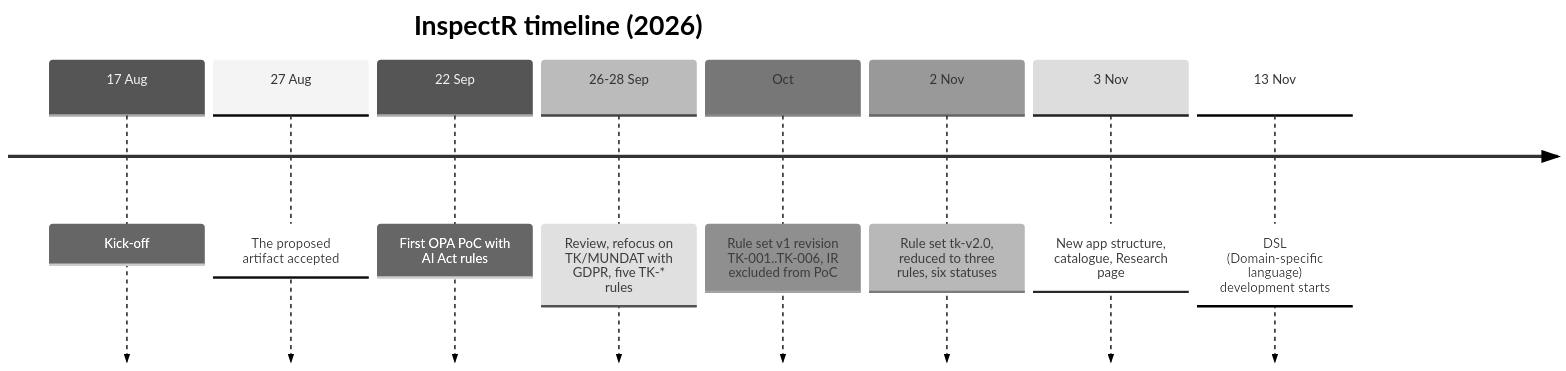
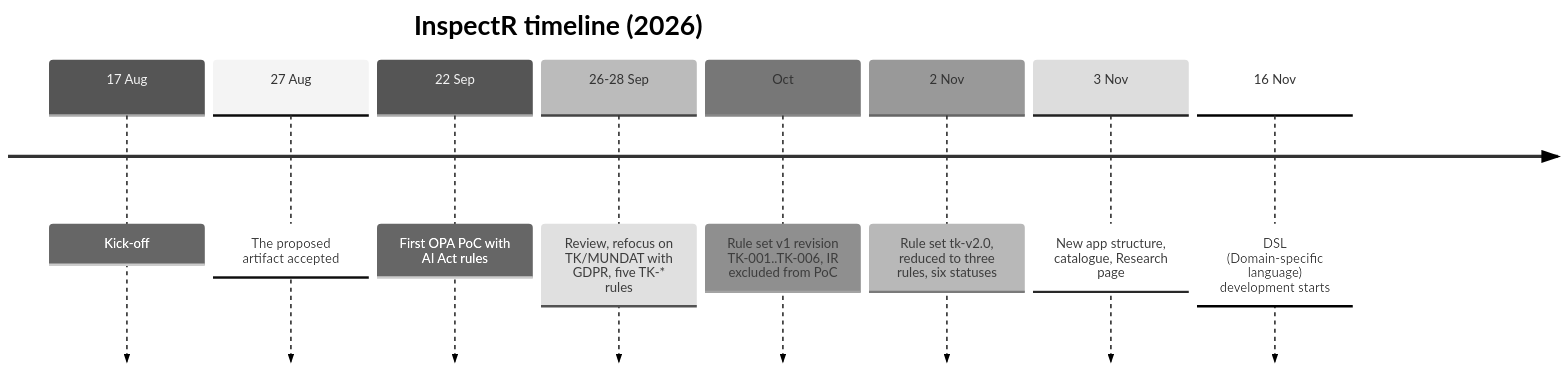
One commit to sirin-koca/InspectR-Final changed the first of 2 diagrams in README.md. Above: the diagram before and after it, drawn with Mermaid (neutral theme).

Commit message:
readme update

````diff
--- a/README.md
+++ b/README.md
@@ -11,12 +11,12 @@
 ```mermaid
 timeline
     title InspectR timeline (2026)
-   17 Aug : Kick-off
-   27 Aug : The proposed artifact accepted
-    22 Sep : First OPA PoC with AI Act rules
-    26-28 Sep : Review, refocus on TK/MUNDAT with GDPR, five TK-* rules
-    Oct : Rule set v1 revision TK-001..TK-006, IR excluded from PoC
-    2 Nov : Rule set tk-v2.0, reduced to three rules, six statuses
-    3 Nov : New app structure, catalogue, Research page
-    13 Nov : DSL (Domain-specific language) development starts
+  17 Aug : Kick-off
+  27 Aug : The proposed artifact accepted
+  22 Sep : First OPA PoC with AI Act rules
+  26-28 Sep : Review, refocus on TK/MUNDAT with GDPR, five TK-* rules
+  Oct : Rule set v1 revision TK-001..TK-006, IR excluded from PoC
+  2 Nov : Rule set tk-v2.0, reduced to three rules, six statuses
+  3 Nov : New app structure, catalogue, Research page
+  16 Nov : DSL (Domain-specific language) development starts
 ```
````
